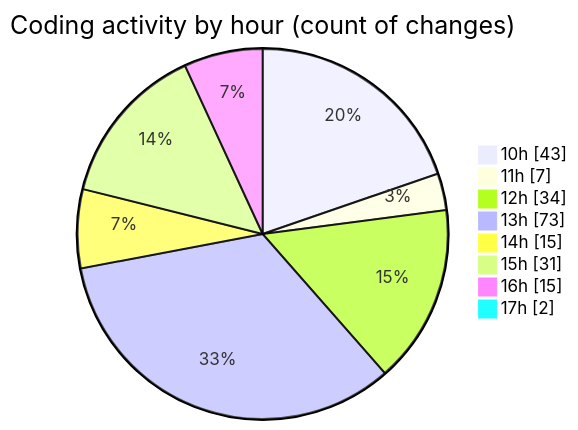
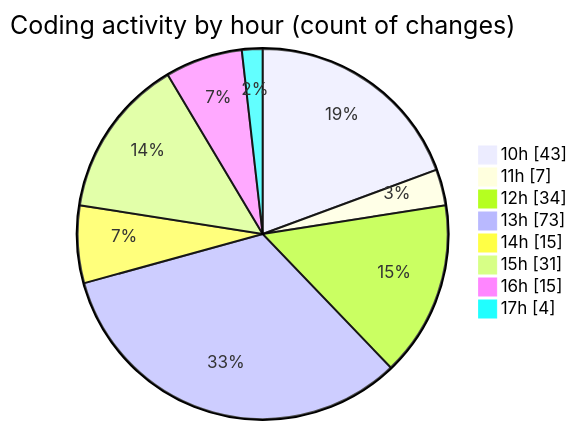
The second of 2 diagrams in 2025-10-29/cda/README.md (momahboobian/code-tracking), drawn with Mermaid before and after one commit. The commit also changed other lines of this file and 1 other file, not shown here.

````diff
--- a/2025-10-29/cda/README.md
+++ b/2025-10-29/cda/README.md
@@ -57,12 +58,12 @@
 ```mermaid
 pie showData
 title Coding activity by hour (count of changes)
 "10h" : 43
 "11h" : 7
 "12h" : 34
 "13h" : 73
 "14h" : 15
 "15h" : 31
 "16h" : 15
-"17h" : 2
+"17h" : 4
 ```
````
